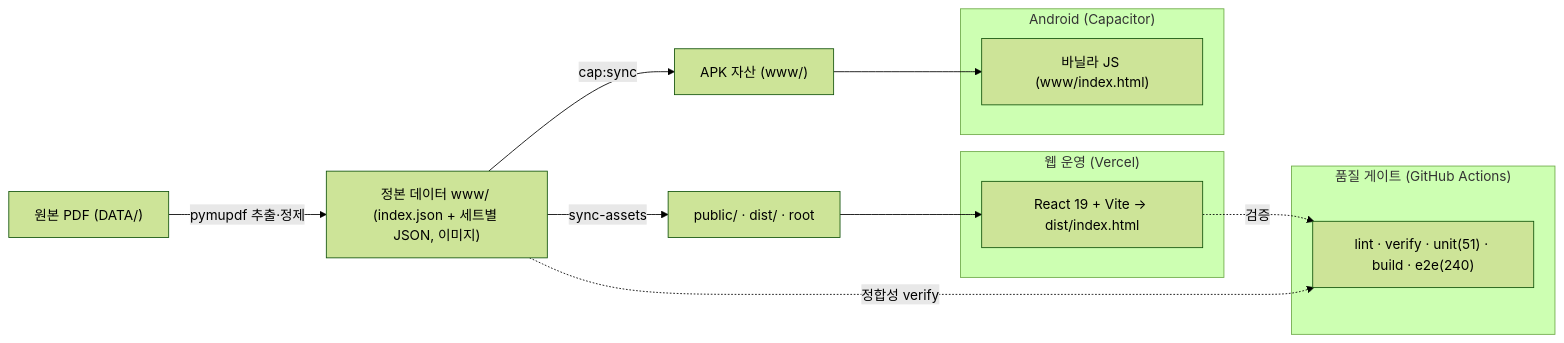
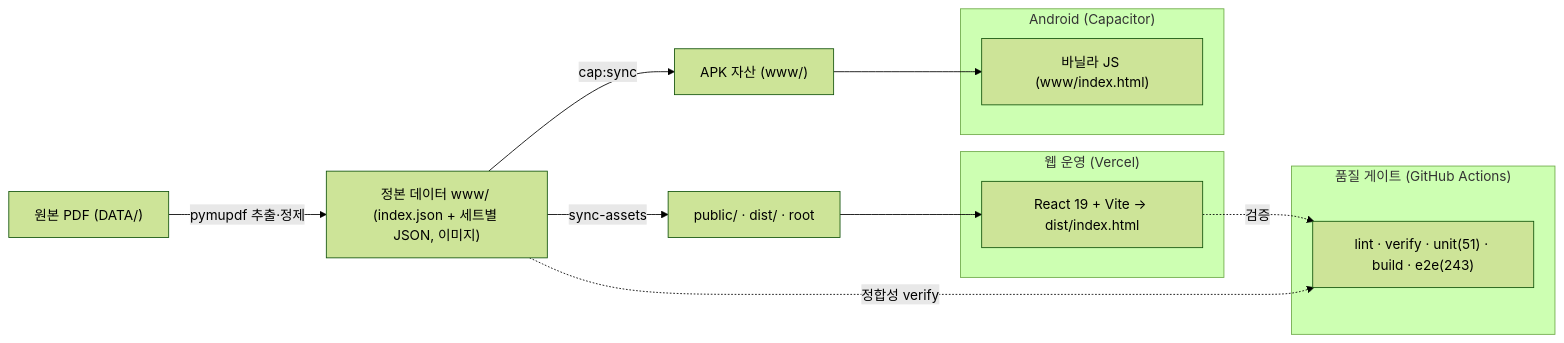
Before and after one commit to WindowHyun/ISTQB: the diagram in README.md, drawn with Mermaid (forest theme). The commit also changed other lines of this file and 9 other files, not shown here.

````diff
--- a/README.md
+++ b/README.md
@@ -163,21 +163,21 @@
 ```mermaid
 flowchart LR
   PDF["원본 PDF (DATA/)"] -->|pymupdf 추출·정제| SRC["정본 데이터 www/ (index.json + 세트별 JSON, 이미지)"]
   SRC -->|sync-assets| PUB["public/ · dist/ · root"]
   SRC -->|cap:sync| WWW["APK 자산 (www/)"]
 
   subgraph 웹_운영["웹 운영 (Vercel)"]
     REACT["React 19 + Vite → dist/index.html"]
   end
   subgraph APK["Android (Capacitor)"]
     VANILLA["바닐라 JS (www/index.html)"]
   end
   PUB --> REACT
   WWW --> VANILLA
 
   subgraph 품질["품질 게이트 (GitHub Actions)"]
-    CI["lint · verify · unit(51) · build · e2e(240)"]
+    CI["lint · verify · unit(51) · build · e2e(243)"]
   end
   REACT -.검증.-> CI
   SRC -.정합성 verify.-> CI
 ```
````
